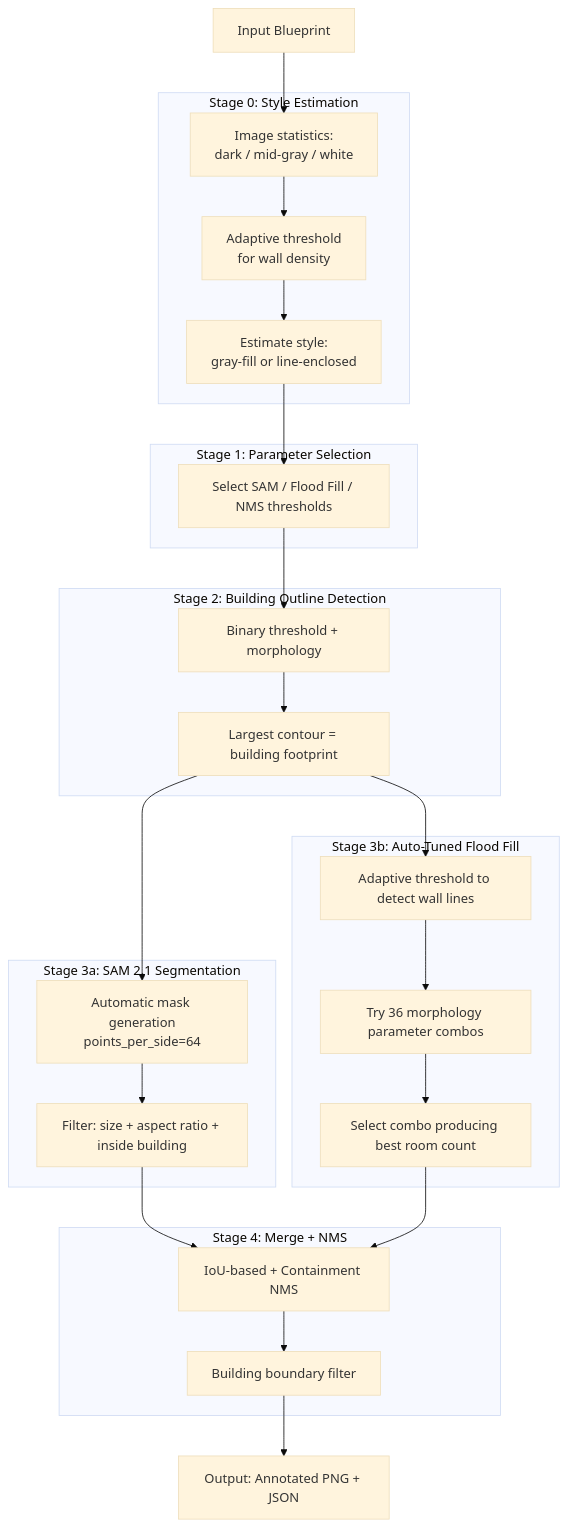
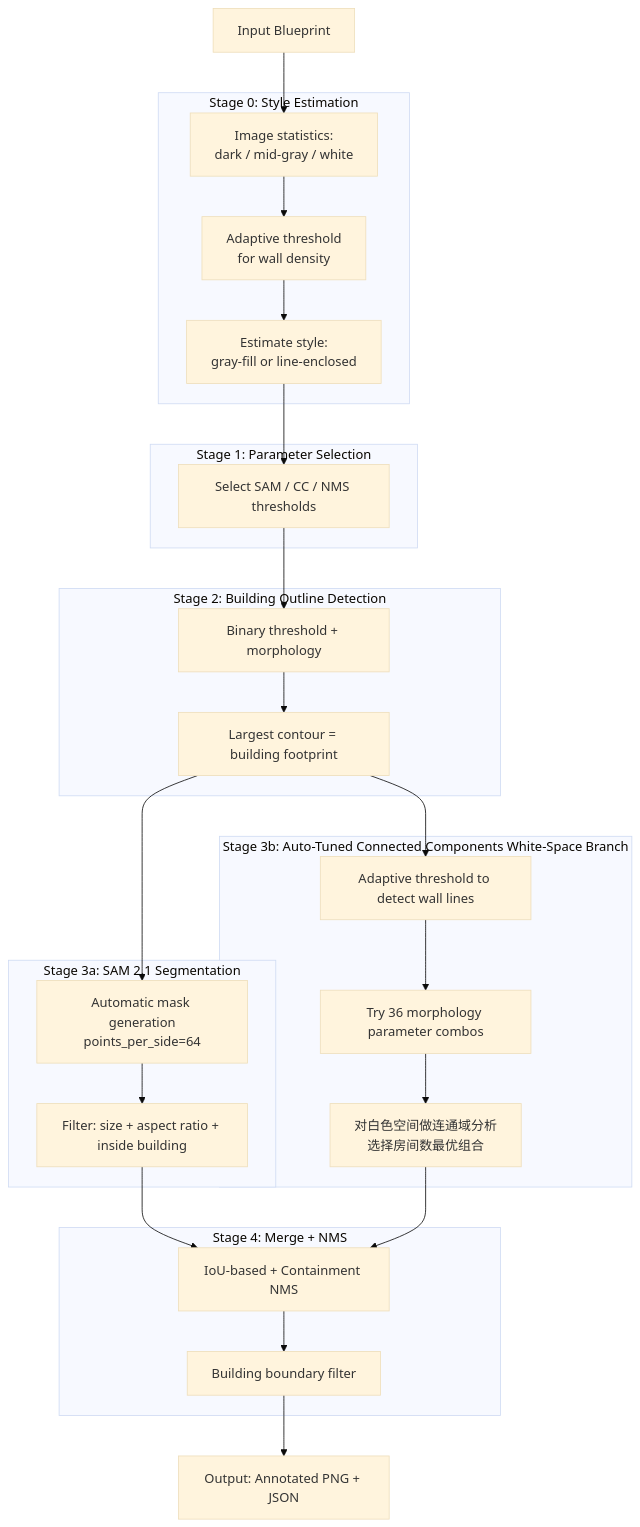
One commit to david-xinyuwei/david-share changed the diagram in Multimodal-Models/Blueprint-Region-Detector/README-CN.md. Above: the diagram before and after it, drawn with Mermaid (base theme). The commit also changed other lines of this file and 2 other files, not shown here.

````diff
--- a/Multimodal-Models/Blueprint-Region-Detector/README-CN.md
+++ b/Multimodal-Models/Blueprint-Region-Detector/README-CN.md
@@ -96,50 +96,50 @@
 ```mermaid
 flowchart TB
     A[Input Blueprint]
     F[Output: Annotated PNG + JSON]
 
     subgraph STYLE["Stage 0: Style Estimation"]
         S0A[Image statistics:<br/>dark / mid-gray / white]
         S0B[Adaptive threshold<br/>for wall density]
         S0C[Estimate style:<br/>gray-fill or line-enclosed]
         S0A --> S0B --> S0C
     end
 
     subgraph PARAM["Stage 1: Parameter Selection"]
-        S1A[Select SAM / Flood Fill / NMS thresholds]
+        S1A[Select SAM / CC / NMS thresholds]
     end
 
     subgraph OUTLINE["Stage 2: Building Outline Detection"]
         B1[Binary threshold + morphology]
         B2[Largest contour = building footprint]
         B1 --> B2
     end
 
     subgraph SAM["Stage 3a: SAM 2.1 Segmentation"]
         C1[Automatic mask generation<br/>points_per_side=64]
         C2[Filter: size + aspect ratio + inside building]
         C1 --> C2
     end
 
-    subgraph FLOOD["Stage 3b: Auto-Tuned Flood Fill"]
+    subgraph FLOOD["Stage 3b: Auto-Tuned Connected Components White-Space Branch"]
         D1[Adaptive threshold to detect wall lines]
         D2[Try 36 morphology parameter combos]
-        D3[Select combo producing best room count]
+        D3[对白色空间做连通域分析\n选择房间数最优组合]
         D1 --> D2 --> D3
     end
 
     subgraph POST["Stage 4: Merge + NMS"]
         E1[IoU-based + Containment NMS]
         E2[Building boundary filter]
         E1 --> E2
     end
 
     A --> S0A
     S0C --> S1A
     S1A --> B1
     B2 --> C1
     B2 --> D1
     C2 --> E1
     D3 --> E1
     E2 --> F
 ```
````
